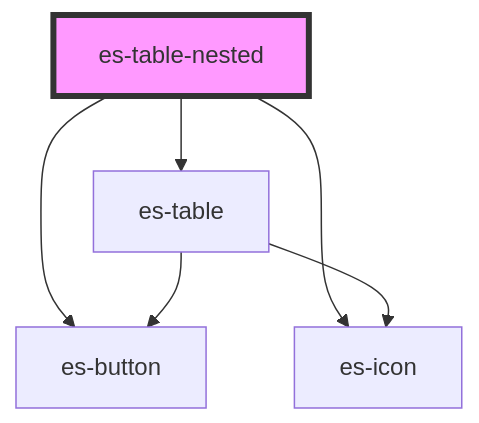
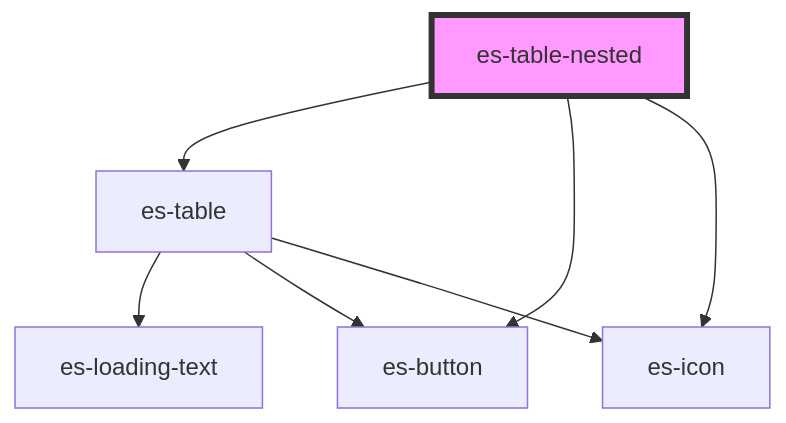
One commit to EventStore/Design-System changed the diagram in packages/components/src/components/tables/es-table-nested/readme.md. Above: the diagram before and after it, drawn with Mermaid. The commit also changed other lines of this file and 18 other files, not shown here.

First line of the commit message:
[UI-53-16] Add loading indicator to table (#366)

````diff
--- a/packages/components/src/components/tables/es-table-nested/readme.md
+++ b/packages/components/src/components/tables/es-table-nested/readme.md
@@ -60,9 +62,10 @@
 ```mermaid
 graph TD;
   es-table-nested --> es-table
   es-table-nested --> es-button
   es-table-nested --> es-icon
+  es-table --> es-loading-text
   es-table --> es-button
   es-table --> es-icon
   style es-table-nested fill:#f9f,stroke:#333,stroke-width:4px
 ```
````
